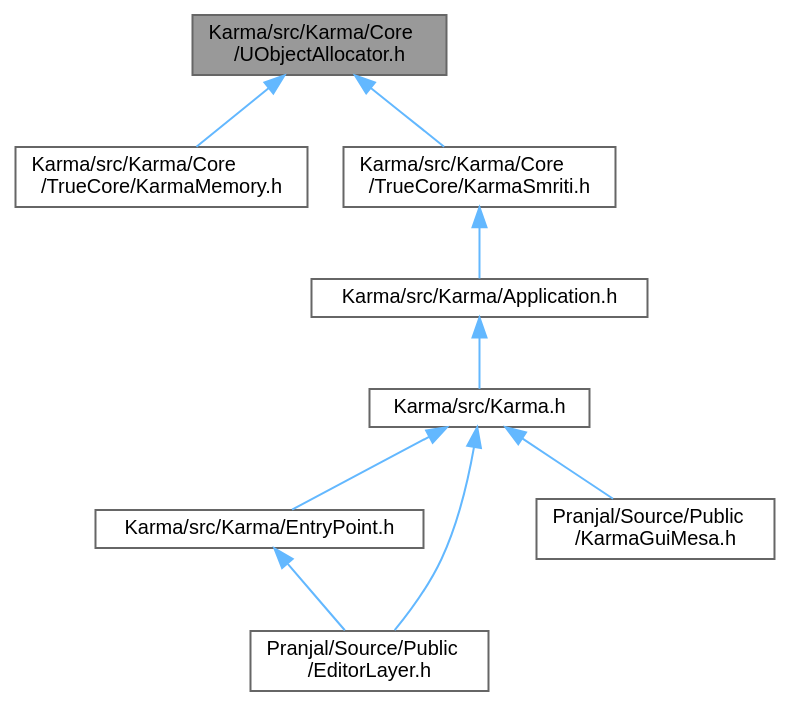
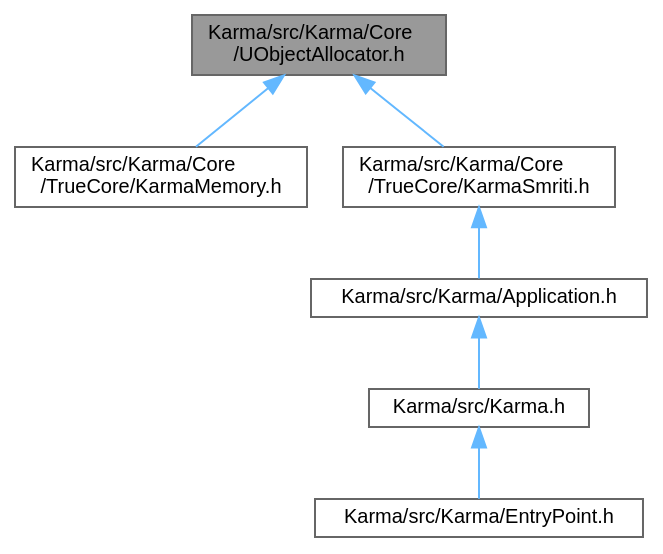
One commit to ravimohan1991/KarmaEngine changed the diagram in _u_object_allocator_8h__dep__incl.dot. Above: the diagram before and after it, drawn with Graphviz. The commit also changed 1580 other files, not shown here.

```diff
--- a/_u_object_allocator_8h__dep__incl.dot
+++ b/_u_object_allocator_8h__dep__incl.dot
@@ -1,23 +1,18 @@
 digraph "Karma/src/Karma/Core/UObjectAllocator.h"
 {
  // LATEX_PDF_SIZE
   bgcolor="transparent";
   edge [fontname=Helvetica,fontsize=10,labelfontname=Helvetica,labelfontsize=10];
   node [fontname=Helvetica,fontsize=10,shape=box,height=0.2,width=0.4];
   Node1 [id="Node000001",label="Karma/src/Karma/Core\l/UObjectAllocator.h",height=0.2,width=0.4,color="gray40", fillcolor="grey60", style="filled", fontcolor="black",tooltip="This file contains the class FUObjectAllocator along with the global variable declaration and several..."];
   Node1 -> Node2 [id="edge1_Node000001_Node000002",dir="back",color="steelblue1",style="solid",tooltip=" "];
   Node2 [id="Node000002",label="Karma/src/Karma/Core\l/TrueCore/KarmaMemory.h",height=0.2,width=0.4,color="grey40", fillcolor="white", style="filled",URL="$_karma_memory_8h.html",tooltip="This file contains the class FMemory.."];
   Node1 -> Node3 [id="edge2_Node000001_Node000003",dir="back",color="steelblue1",style="solid",tooltip=" "];
   Node3 [id="Node000003",label="Karma/src/Karma/Core\l/TrueCore/KarmaSmriti.h",height=0.2,width=0.4,color="grey40", fillcolor="white", style="filled",URL="$_karma_smriti_8h.html",tooltip="This file contains the class KarmaSmriti, an agnostic memory manager."];
   Node3 -> Node4 [id="edge3_Node000003_Node000004",dir="back",color="steelblue1",style="solid",tooltip=" "];
   Node4 [id="Node000004",label="Karma/src/Karma/Application.h",height=0.2,width=0.4,color="grey40", fillcolor="white", style="filled",URL="$_application_8h.html",tooltip="This file contains the main Application class for Editor + Game."];
   Node4 -> Node5 [id="edge4_Node000004_Node000005",dir="back",color="steelblue1",style="solid",tooltip=" "];
   Node5 [id="Node000005",label="Karma/src/Karma.h",height=0.2,width=0.4,color="grey40", fillcolor="white", style="filled",URL="$_karma_8h_source.html",tooltip=" "];
   Node5 -> Node6 [id="edge5_Node000005_Node000006",dir="back",color="steelblue1",style="solid",tooltip=" "];
   Node6 [id="Node000006",label="Karma/src/Karma/EntryPoint.h",height=0.2,width=0.4,color="grey40", fillcolor="white", style="filled",URL="$_entry_point_8h.html",tooltip="This file contains the main() routine with multiplatform support."];
-  Node6 -> Node7 [id="edge6_Node000006_Node000007",dir="back",color="steelblue1",style="solid",tooltip=" "];
-  Node7 [id="Node000007",label="Pranjal/Source/Public\l/EditorLayer.h",height=0.2,width=0.4,color="grey40", fillcolor="white", style="filled",URL="$_editor_layer_8h_source.html",tooltip=" "];
-  Node5 -> Node7 [id="edge7_Node000005_Node000007",dir="back",color="steelblue1",style="solid",tooltip=" "];
-  Node5 -> Node8 [id="edge8_Node000005_Node000008",dir="back",color="steelblue1",style="solid",tooltip=" "];
-  Node8 [id="Node000008",label="Pranjal/Source/Public\l/KarmaGuiMesa.h",height=0.2,width=0.4,color="grey40", fillcolor="white", style="filled",URL="$_karma_gui_mesa_8h.html",tooltip="This file contains the classes for Editor."];
 }
```
